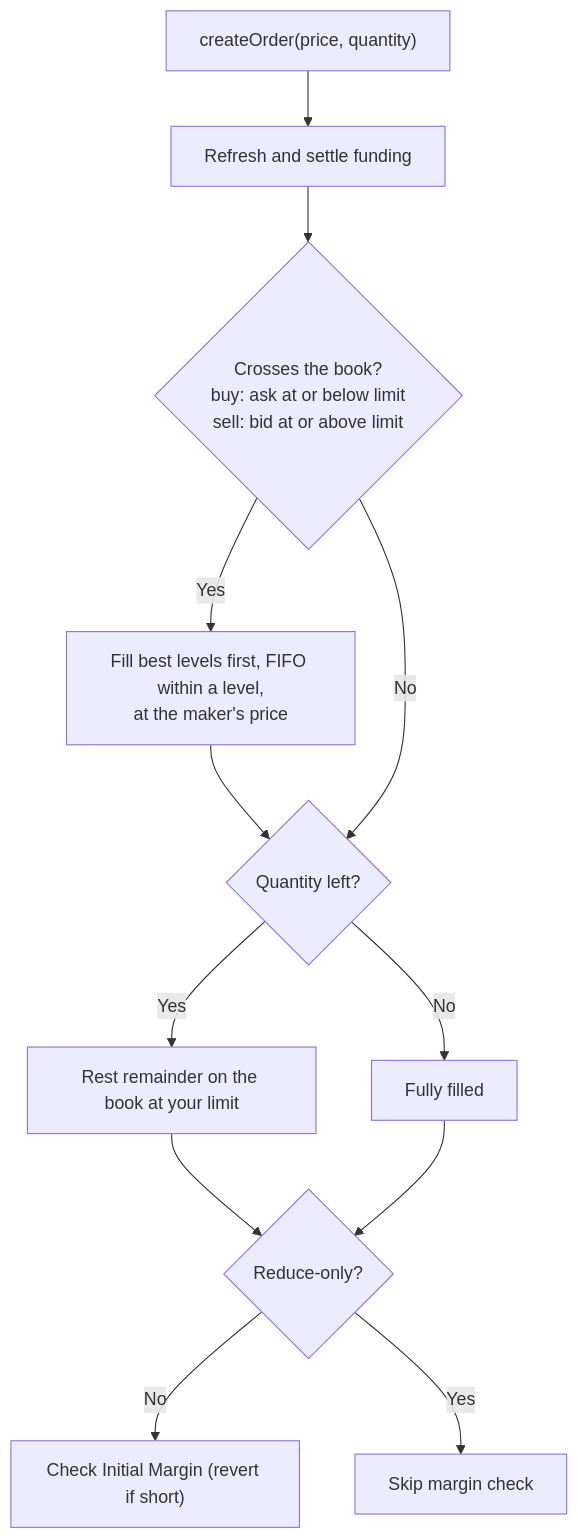
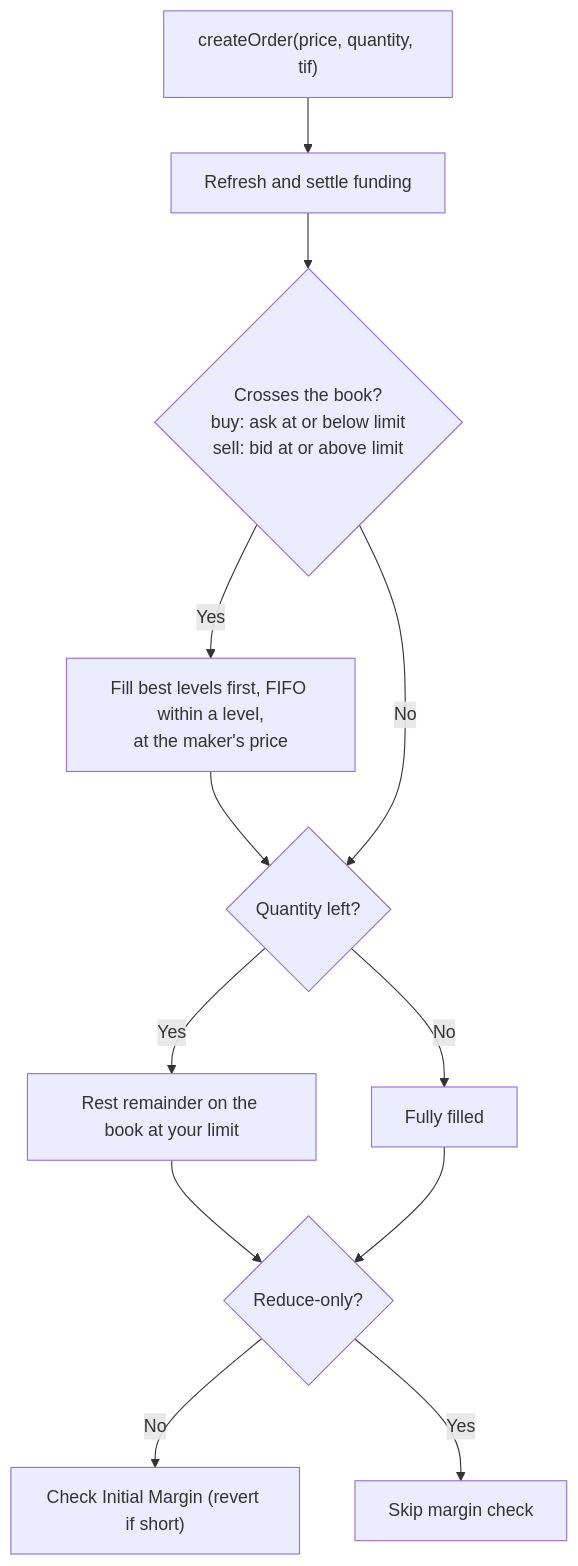
The diagram in docs/gitbook/03.Trading-Guide.md (Lumerin-protocol/derivatives-marketplace), drawn with Mermaid before and after one commit. The commit also changed other lines of this file and 58 other files, not shown here.

````diff
--- a/docs/gitbook/03.Trading-Guide.md
+++ b/docs/gitbook/03.Trading-Guide.md
@@ -78,14 +80,14 @@
 ```mermaid
 flowchart TD
-    A["createOrder(price, quantity)"] --> B["Refresh and settle funding"]
+    A["createOrder(price, quantity, tif)"] --> B["Refresh and settle funding"]
     B --> C{"Crosses the book?<br/>buy: ask at or below limit<br/>sell: bid at or above limit"}
     C -->|Yes| D["Fill best levels first, FIFO within a level,<br/>at the maker's price"]
     D --> E{"Quantity left?"}
     C -->|No| E
     E -->|Yes| F["Rest remainder on the book at your limit"]
     E -->|No| G["Fully filled"]
     F --> H{"Reduce-only?"}
     G --> H
     H -->|No| I["Check Initial Margin (revert if short)"]
     H -->|Yes| J["Skip margin check"]
 ```
````
